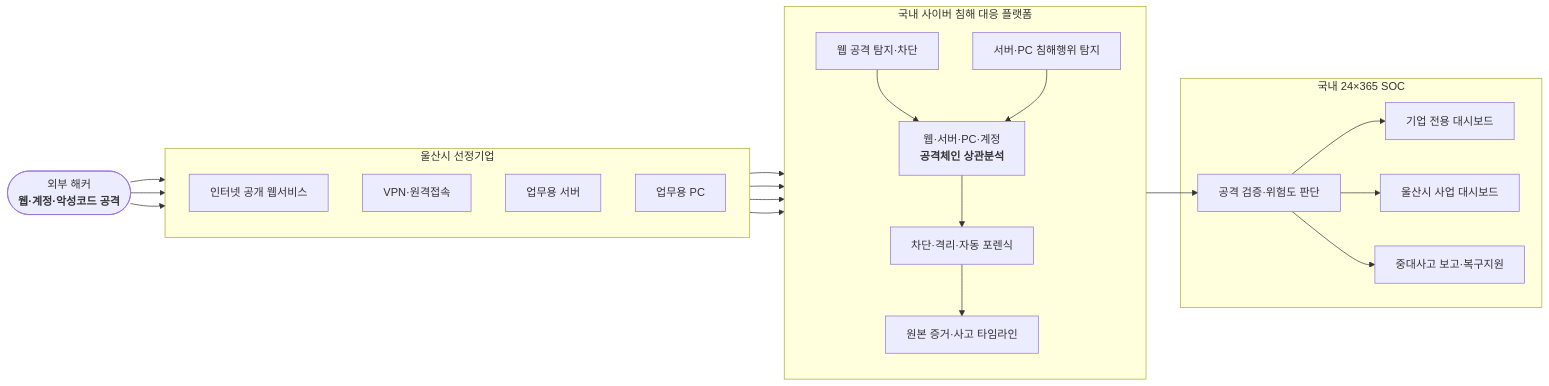
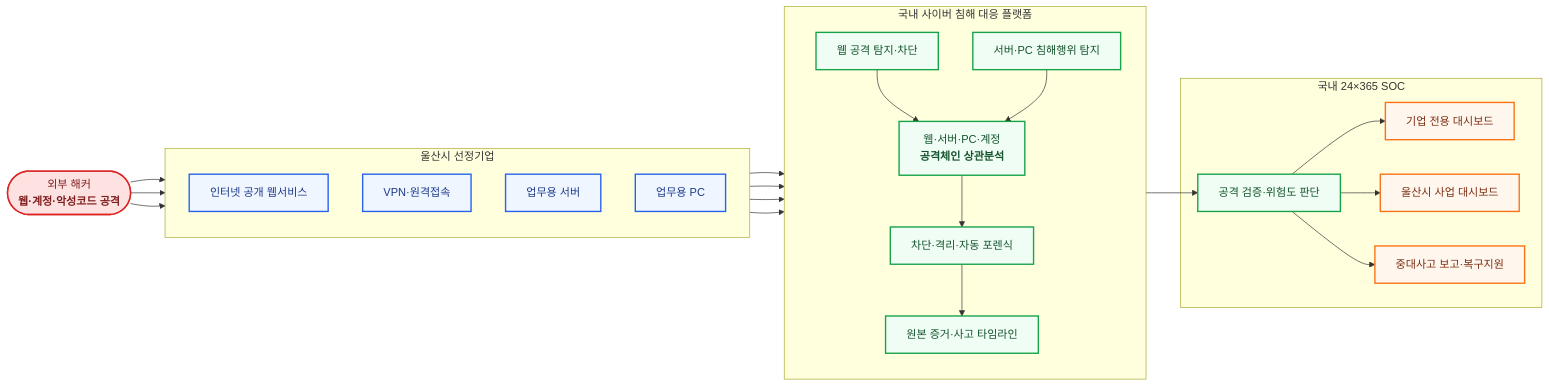
One commit to qubitsec/plura changed the sixth of 9 diagrams in ko/proposal/ulsan/ulsan-full.md. Above: the diagram before and after it, drawn with Mermaid. The commit also changed other lines of this file, not shown here.

````diff
--- a/ko/proposal/ulsan/ulsan-full.md
+++ b/ko/proposal/ulsan/ulsan-full.md
@@ -559,45 +563,55 @@
 ```mermaid
 flowchart LR
     ATTACKER(["외부 해커<br/><b>웹·계정·악성코드 공격</b>"])
 
     subgraph COMPANY["울산시 선정기업"]
         direction TB
         WEB["인터넷 공개 웹서비스"]
         VPN["VPN·원격접속"]
         SERVER["업무용 서버"]
         PC["업무용 PC"]
     end
 
     subgraph PLATFORM["국내 사이버 침해 대응 플랫폼"]
         direction TB
         WAF["웹 공격 탐지·차단"]
         EDR["서버·PC 침해행위 탐지"]
         XDR["웹·서버·PC·계정<br/><b>공격체인 상관분석</b>"]
         RESP["차단·격리·자동 포렌식"]
         EVIDENCE["원본 증거·사고 타임라인"]
     end
 
     subgraph SOC["국내 24×365 SOC"]
         ANALYST["공격 검증·위험도 판단"]
         COMPANY_DASH["기업 전용 대시보드"]
         CITY_DASH["울산시 사업 대시보드"]
         REPORT["중대사고 보고·복구지원"]
     end
 
     ATTACKER --> WEB
     ATTACKER --> VPN
     ATTACKER --> PC
 
     WEB --> WAF
     VPN --> XDR
     SERVER --> EDR
     PC --> EDR
 
     WAF --> XDR
     EDR --> XDR
     XDR --> RESP --> EVIDENCE
     XDR --> ANALYST
     ANALYST --> COMPANY_DASH
     ANALYST --> CITY_DASH
     ANALYST --> REPORT
+
+    classDef attacker fill:#fee2e2,stroke:#dc2626,stroke-width:2px,color:#7f1d1d;
+    classDef asset fill:#eff6ff,stroke:#2563eb,stroke-width:2px,color:#1e3a8a;
+    classDef platform fill:#f0fdf4,stroke:#16a34a,stroke-width:2px,color:#14532d;
+    classDef outcome fill:#fff7ed,stroke:#f97316,stroke-width:2px,color:#7c2d12;
+
+    class ATTACKER attacker;
+    class WEB,VPN,SERVER,PC asset;
+    class WAF,EDR,XDR,RESP,EVIDENCE,ANALYST platform;
+    class COMPANY_DASH,CITY_DASH,REPORT outcome;
 ```
````
